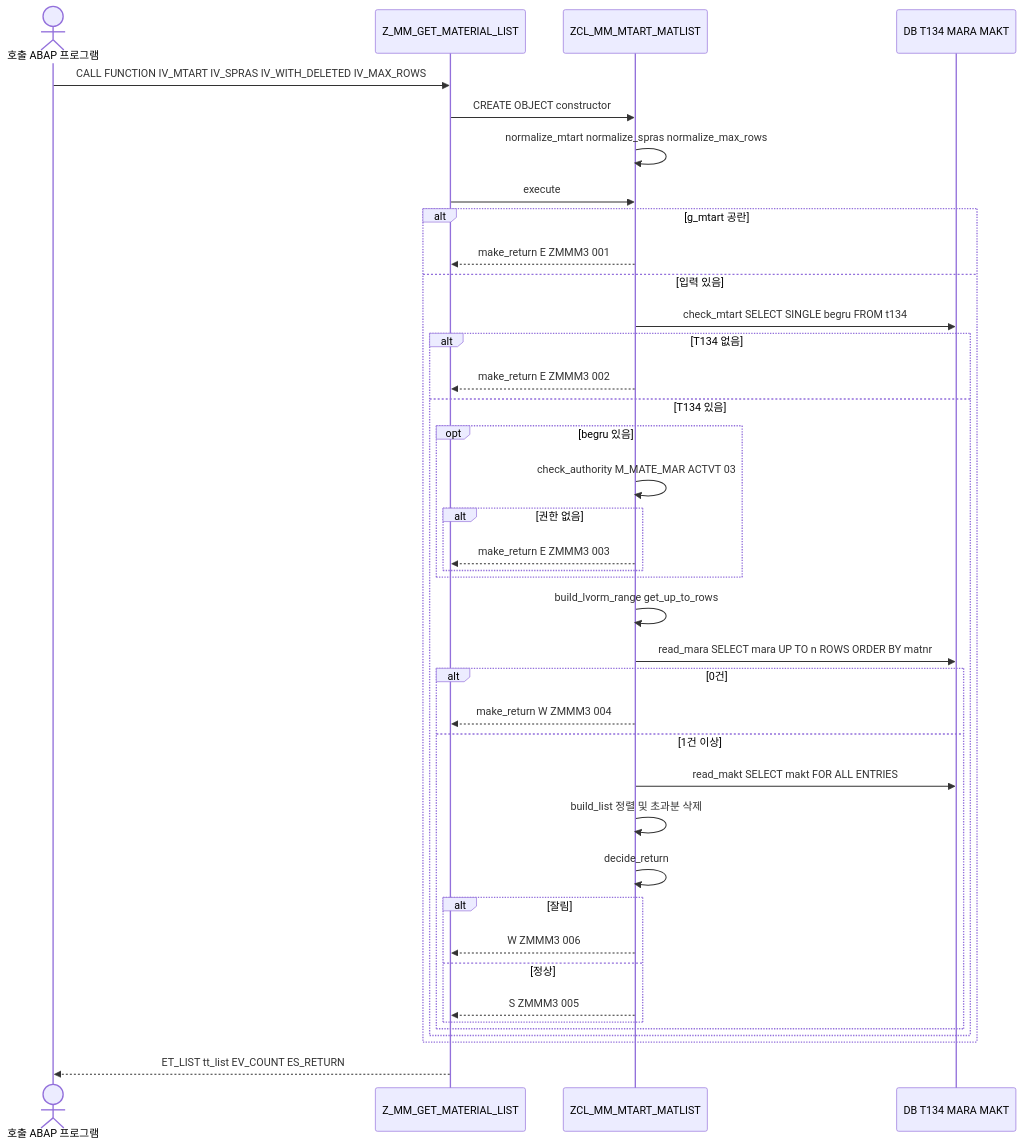
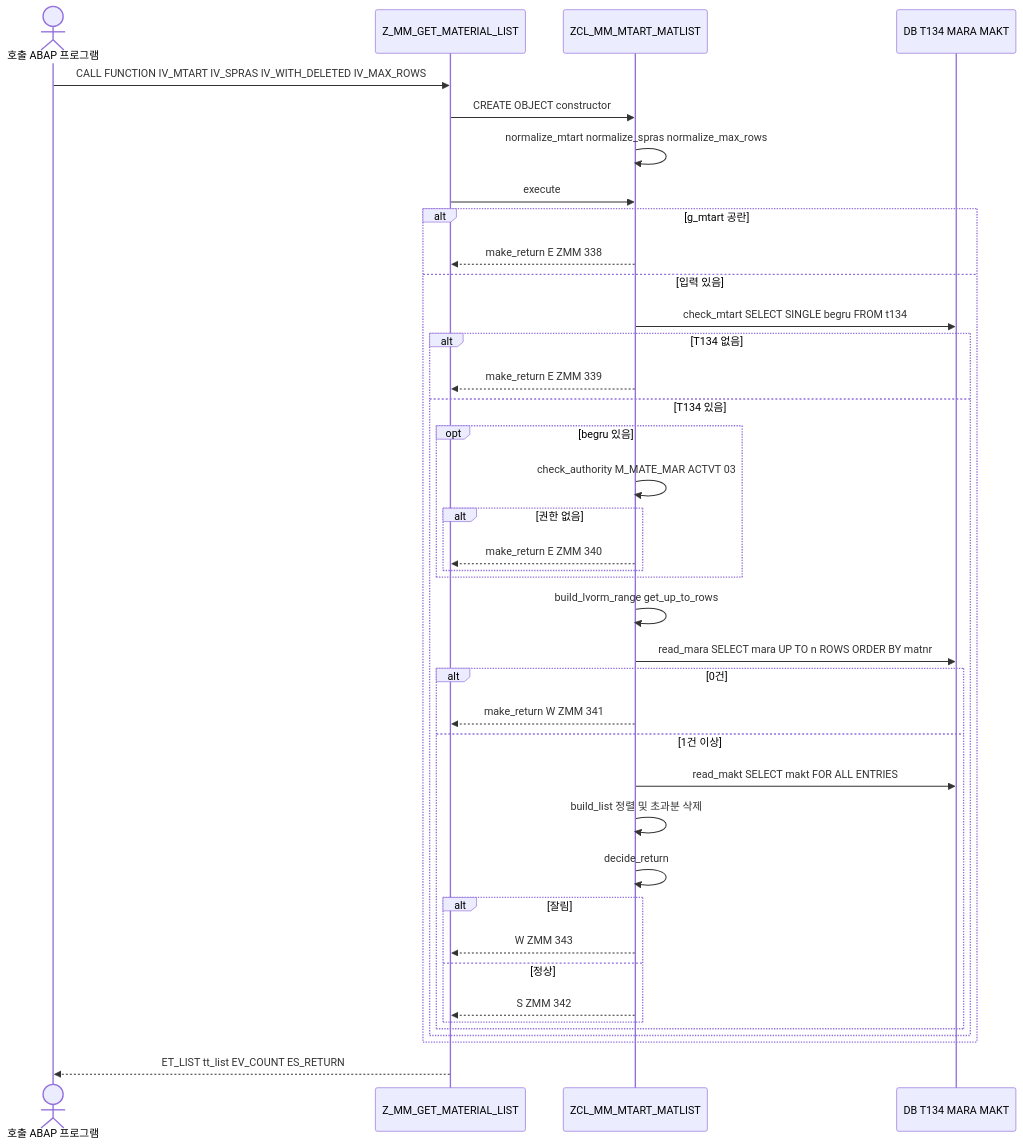
One commit to sunguphong/devsap changed the second of 3 diagrams in work/20261119-f26e72/03_development.md. Above: the diagram before and after it, drawn with Mermaid. The commit also changed other lines of this file and 20 other files, not shown here.

````diff
--- a/work/20261119-f26e72/03_development.md
+++ b/work/20261119-f26e72/03_development.md
@@ -99,41 +105,41 @@
 ```mermaid
 sequenceDiagram
   actor CALLER as 호출 ABAP 프로그램
   participant FM as Z_MM_GET_MATERIAL_LIST
   participant CL as ZCL_MM_MTART_MATLIST
   participant DB as DB T134 MARA MAKT
   CALLER->>FM: CALL FUNCTION IV_MTART IV_SPRAS IV_WITH_DELETED IV_MAX_ROWS
   FM->>CL: CREATE OBJECT constructor
   CL->>CL: normalize_mtart normalize_spras normalize_max_rows
   FM->>CL: execute
   alt g_mtart 공란
-    CL-->>FM: make_return E ZMMM3 001
+    CL-->>FM: make_return E ZMM 338
   else 입력 있음
     CL->>DB: check_mtart SELECT SINGLE begru FROM t134
     alt T134 없음
-      CL-->>FM: make_return E ZMMM3 002
+      CL-->>FM: make_return E ZMM 339
     else T134 있음
       opt begru 있음
         CL->>CL: check_authority M_MATE_MAR ACTVT 03
         alt 권한 없음
-          CL-->>FM: make_return E ZMMM3 003
+          CL-->>FM: make_return E ZMM 340
         end
       end
       CL->>CL: build_lvorm_range get_up_to_rows
       CL->>DB: read_mara SELECT mara UP TO n ROWS ORDER BY matnr
       alt 0건
-        CL-->>FM: make_return W ZMMM3 004
+        CL-->>FM: make_return W ZMM 341
       else 1건 이상
         CL->>DB: read_makt SELECT makt FOR ALL ENTRIES
         CL->>CL: build_list 정렬 및 초과분 삭제
         CL->>CL: decide_return
         alt 잘림
-          CL-->>FM: W ZMMM3 006
+          CL-->>FM: W ZMM 343
         else 정상
-          CL-->>FM: S ZMMM3 005
+          CL-->>FM: S ZMM 342
         end
       end
     end
   end
   FM-->>CALLER: ET_LIST tt_list EV_COUNT ES_RETURN
 ```
````
